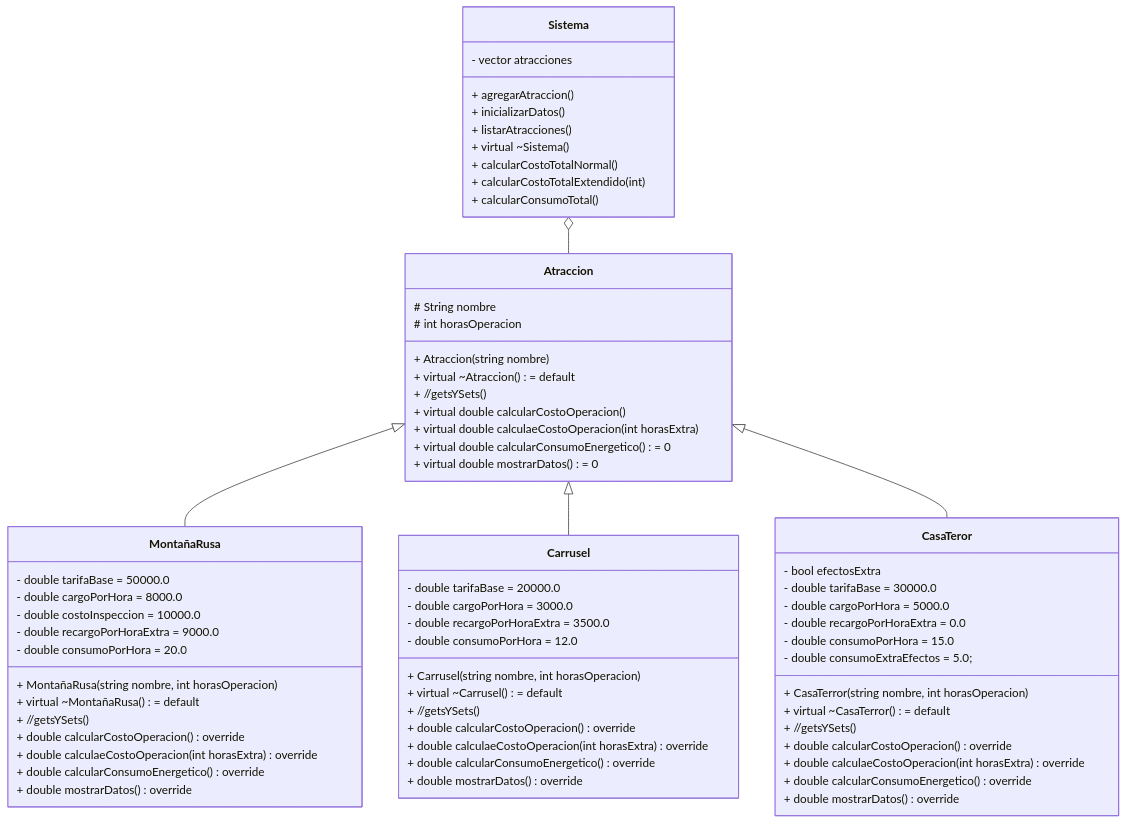
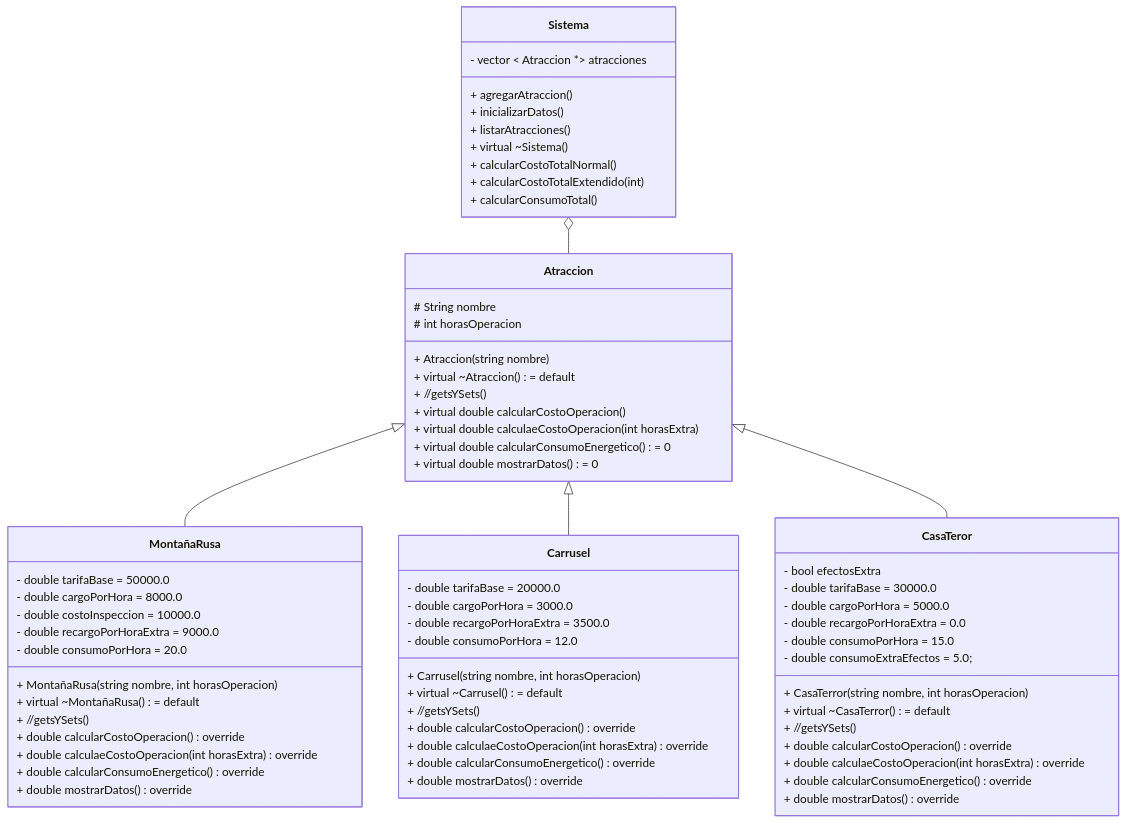
Before and after one commit to 300CIS017-Object-Oriented-Programming/10-practica-polimorfismo-parque-felipe08121: the diagram in DiagramaUML.md, drawn with Mermaid.

Commit message:
MOD: Modifico el diagrama UML.

```diff
--- a/DiagramaUML.md
+++ b/DiagramaUML.md
@@ -4,7 +4,7 @@
 
 class Sistema{
 
-   - vector<Atraccion *> atracciones
+   - vector < Atraccion *> atracciones
 
    
     
```
